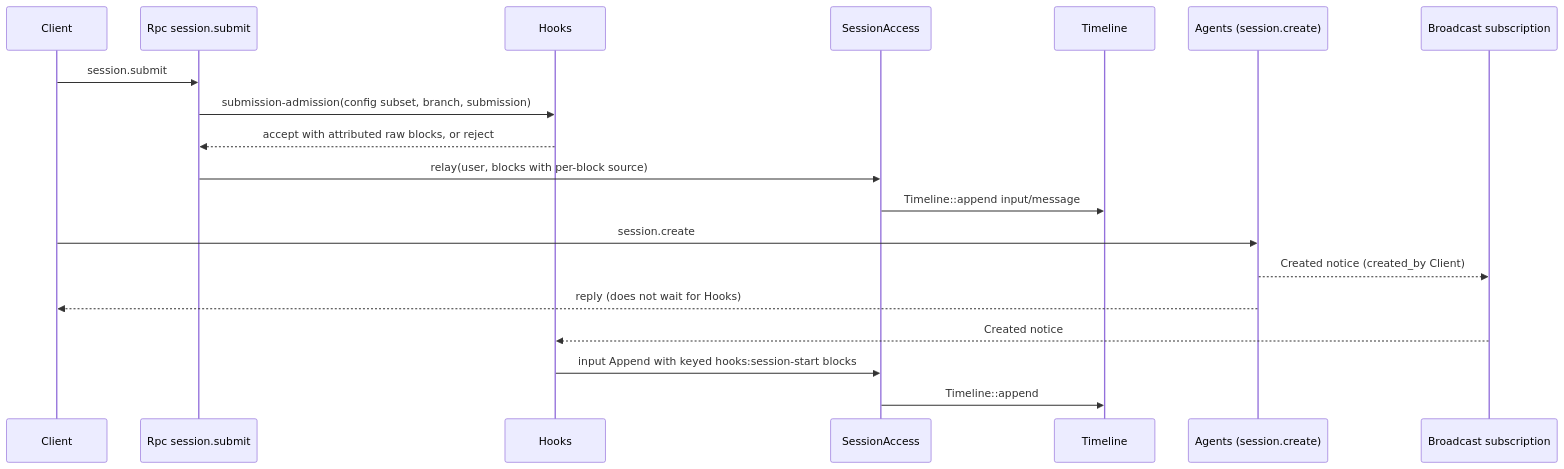
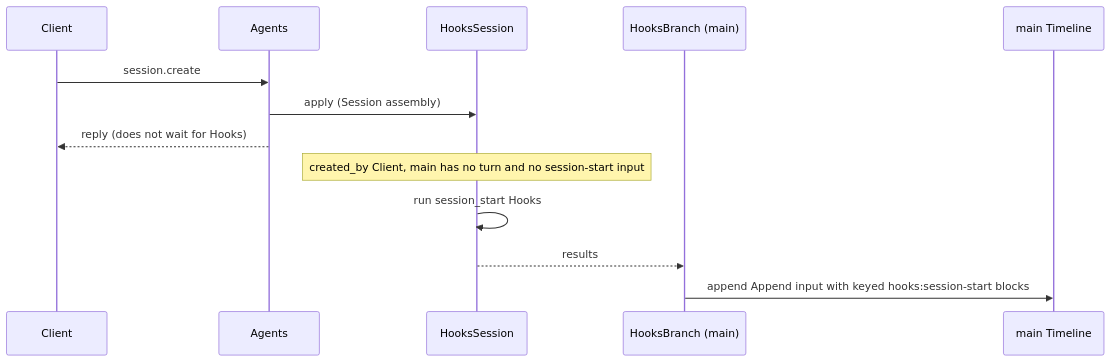
The fourth of 6 diagrams in docs/design/plugins/Hooks.md (CoutinhoTTS/dim-agent), drawn with Mermaid before and after one commit. The commit also changed other lines of this file and 3 other files, not shown here.

Commit message:
docs(design): rescope Web, SessionTitle, Notifications and Hooks per ADR 002

````diff
--- a/docs/design/plugins/Hooks.md
+++ b/docs/design/plugins/Hooks.md
@@ -100,21 +89,15 @@
 ```mermaid
 sequenceDiagram
   participant C as Client
-  participant RPC as Rpc session.submit
-  participant HK as Hooks
-  participant SA as SessionAccess
-  participant TL as Timeline
-  participant AG as Agents (session.create)
-  participant SB as Broadcast subscription
-  C->>RPC: session.submit
-  RPC->>HK: submission-admission(config subset, branch, submission)
-  HK-->>RPC: accept with attributed raw blocks, or reject
-  RPC->>SA: relay(user, blocks with per-block source)
-  SA->>TL: Timeline::append input/message
+  participant AG as Agents
+  participant HS as HooksSession
+  participant HB as HooksBranch (main)
+  participant TL as main Timeline
   C->>AG: session.create
-  AG-->>SB: Created notice (created_by Client)
+  AG->>HS: apply (Session assembly)
   AG-->>C: reply (does not wait for Hooks)
-  SB-->>HK: Created notice
-  HK->>SA: input Append with keyed hooks:session-start blocks
-  SA->>TL: Timeline::append
+  Note over HS: created_by Client, main has no turn and no session-start input
+  HS->>HS: run session_start Hooks
+  HS-->>HB: results
+  HB->>TL: append Append input with keyed hooks:session-start blocks
 ```
````
